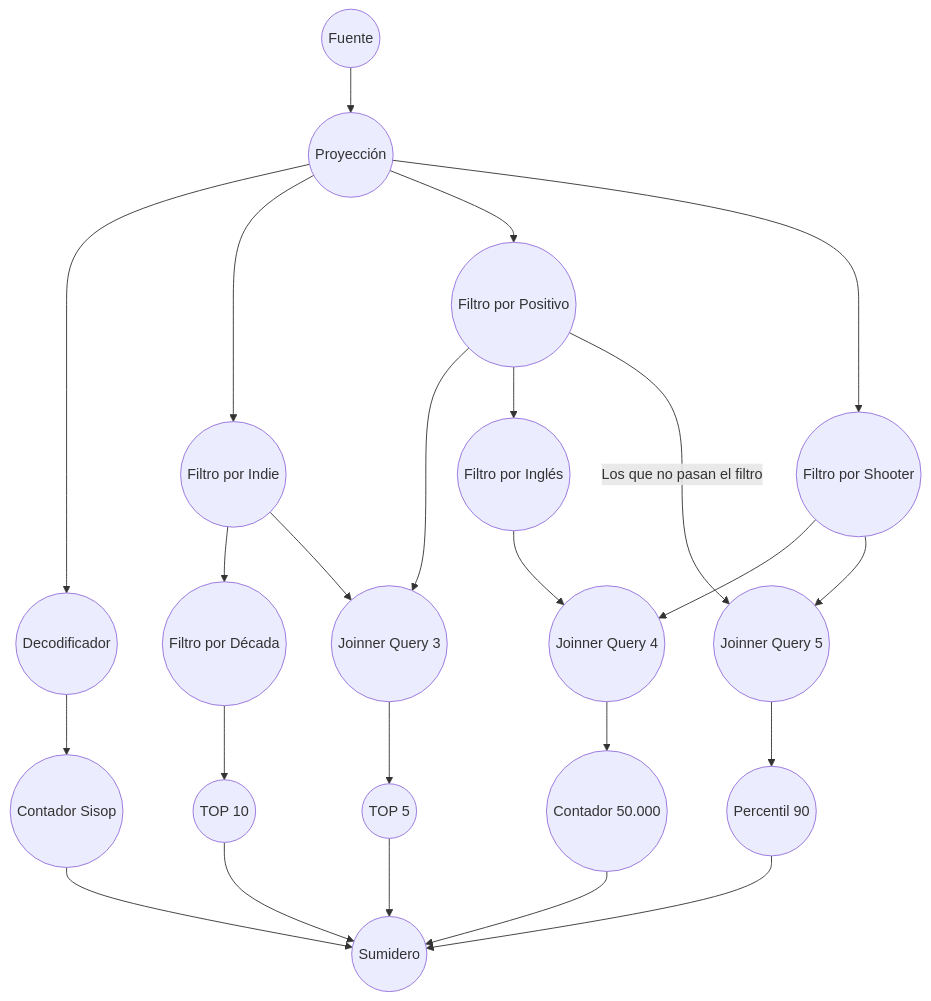
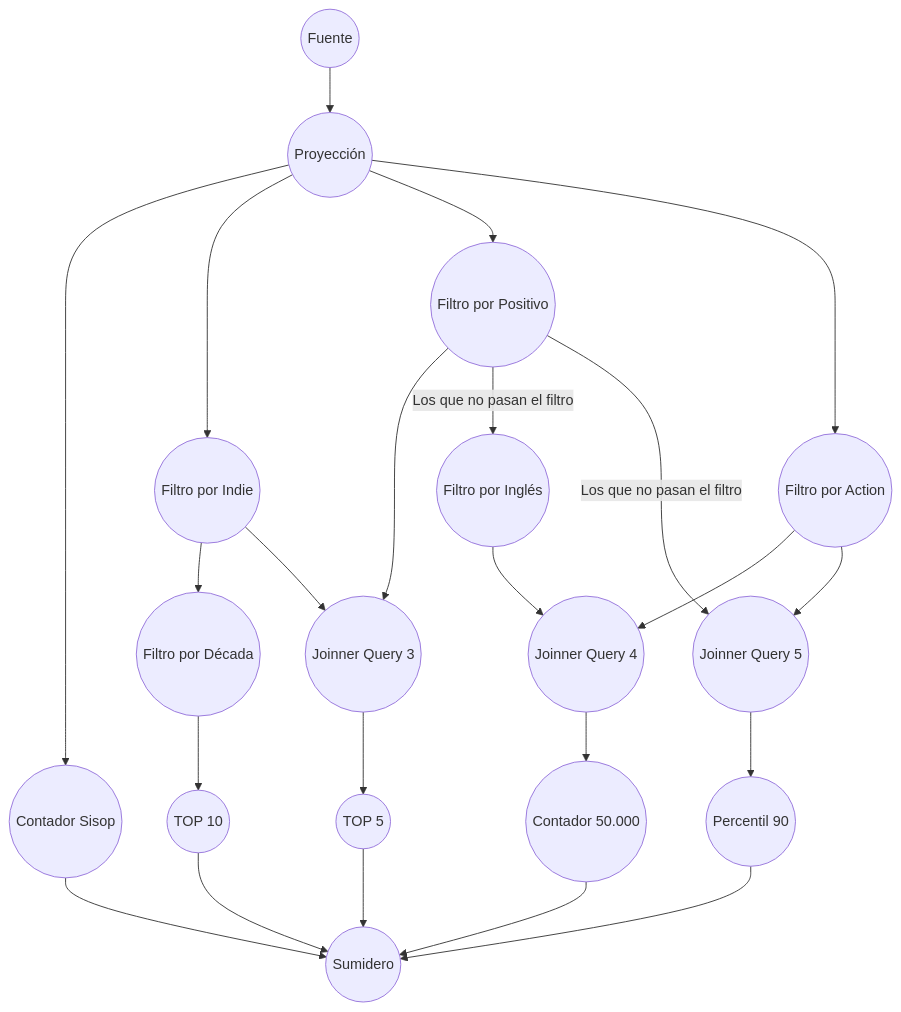
Before and after one commit to jab227/tp1-sistemas-distribuidos-2c: the diagram in docs/dag.mermaid, drawn with Mermaid. The commit also changed 5 other files, not shown here.

```diff
--- a/docs/dag.mermaid
+++ b/docs/dag.mermaid
@@ -1,57 +1,55 @@
 graph TD;
-    %% Standart definitions
+%% Standart definitions
     fuente(("            Fuente            "));
     sumidero(("            Sumidero            "));
 
-    %% Controllers
-    %% Without state
+%% Controllers
+%% Without state
     proy(("           Proyección            "));
     filDec(("     Filtro por Década     "));
     filIndie(("     Filtro por Indie     "));
-    filShooter(("   Filtro por Shooter   "));
+    filAction(("   Filtro por Action   "));
     filPos(("     Filtro por Positivo     "));
     filEng(("     Filtro por Inglés     "));
-    deco(("        Decodificador        "));
 
-    %% With State
+%% With State
     counter(("     Contador Sisop     "));
     top10(("            TOP 10            "));
     top5(("            TOP 5            "));
     count(("     Contador 50.000     "));
     per90(("        Percentil 90        "));
     joinnerQ3(("    Joinner Query 3    "));
     joinnerQ4(("    Joinner Query 4    "));
     joinnerQ5(("    Joinner Query 5    "));
 
     fuente --> proy
-    %% Query 1
-    proy --> deco
-    deco --> counter
+%% Query 1
+    proy --> counter
     counter --> sumidero
 
-    %% Query 2
+%% Query 2
     proy --> filIndie
     filIndie --> filDec
     filDec --> top10
     top10 --> sumidero
 
-    %% Query 3
+%% Query 3
     proy --> filPos
     filPos --> joinnerQ3
     filIndie --> joinnerQ3
     joinnerQ3 --> top5
     top5 --> sumidero
 
-    %% Query 4
-    proy --> filShooter
-    filShooter --> joinnerQ4
-    filPos --> filEng
+%% Query 4
+    proy --> filAction
+    filAction --> joinnerQ4
+    filPos -->|Los que no pasan el filtro| filEng
     filEng --> joinnerQ4
     joinnerQ4 --> count
     count --> sumidero
 
-    %% Query 5
-    filShooter --> joinnerQ5
+%% Query 5
+    filAction --> joinnerQ5
     filPos -->|Los que no pasan el filtro| joinnerQ5
     joinnerQ5 --> per90
     per90 --> sumidero
```
